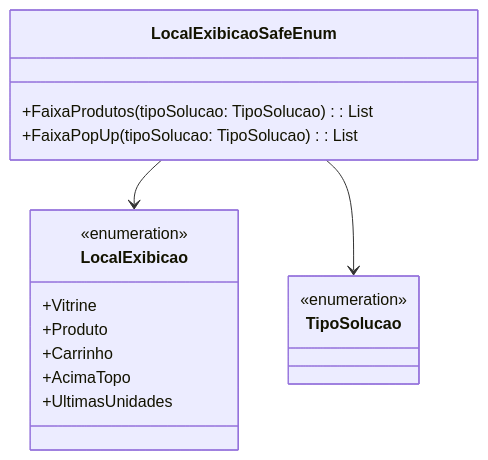
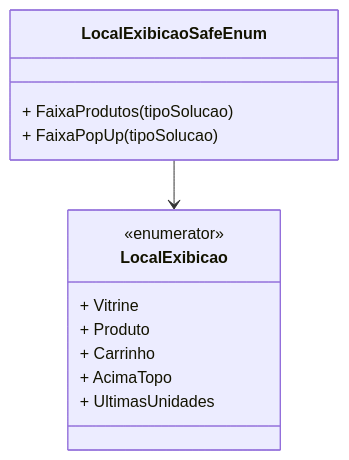
Before and after one commit to IsthmusSistemas/documentacao-tecnica: the second of 2 diagrams in docs/b2b-dominio/IsthmusWinthor.Nucleo/IsthmusWinthor.Dominio/Enumeradores/LocalExibicao.md, drawn with Mermaid. The commit also changed other lines of this file and 882 other files, not shown here.

````diff
--- a/docs/b2b-dominio/IsthmusWinthor.Nucleo/IsthmusWinthor.Dominio/Enumeradores/LocalExibicao.md
+++ b/docs/b2b-dominio/IsthmusWinthor.Nucleo/IsthmusWinthor.Dominio/Enumeradores/LocalExibicao.md
@@ -42,21 +42,18 @@
 ```mermaid
 classDiagram
     class LocalExibicao {
-        <<enumeration>>
-        +Vitrine
-        +Produto
-        +Carrinho
-        +AcimaTopo
-        +UltimasUnidades
+        <<enumerator>>
+        + Vitrine
+        + Produto
+        + Carrinho
+        + AcimaTopo
+        + UltimasUnidades
     }
+
     class LocalExibicaoSafeEnum {
-        +FaixaProdutos(tipoSolucao: TipoSolucao): List<LocalExibicao>
-        +FaixaPopUp(tipoSolucao: TipoSolucao): List<LocalExibicao>
-    }
-    class TipoSolucao {
-        <<enumeration>>
+        + FaixaProdutos(tipoSolucao)
+        + FaixaPopUp(tipoSolucao)
     }
 
     LocalExibicaoSafeEnum --> LocalExibicao
-    LocalExibicaoSafeEnum --> TipoSolucao
 ```
````
